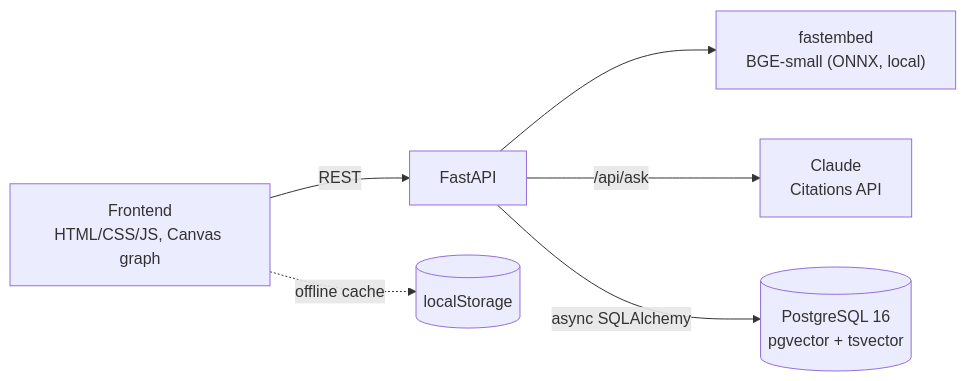
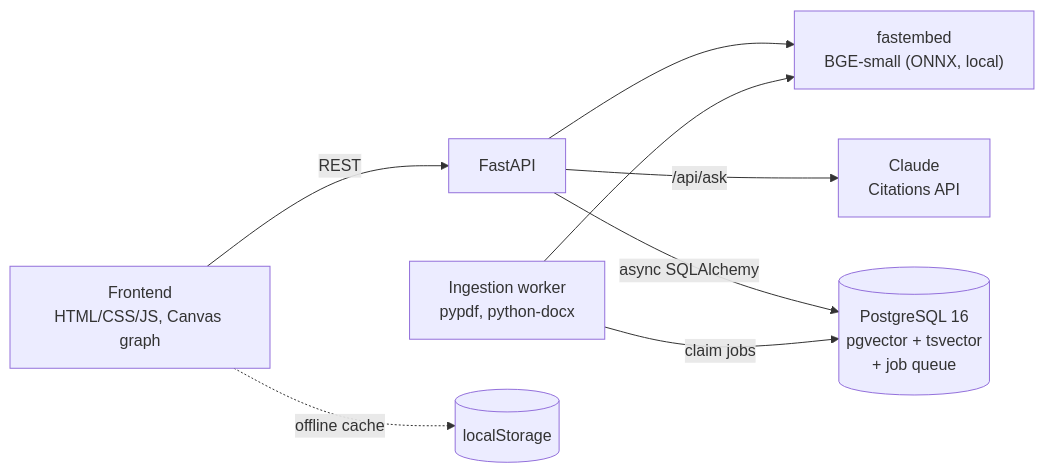
The diagram in README.md (Sujalranjan/MemBrain), drawn with Mermaid before and after one commit. The commit also changed other lines of this file and 17 other files, not shown here.

Commit message:
feat: add document ingestion service, background worker, database models, and API routes

````diff
--- a/README.md
+++ b/README.md
@@ -22,8 +23,10 @@
 ```mermaid
 flowchart LR
     UI["Frontend<br/>HTML/CSS/JS, Canvas graph"] -->|REST| API["FastAPI"]
     API --> EMB["fastembed<br/>BGE-small (ONNX, local)"]
     API -->|"/api/ask"| LLM["Claude<br/>Citations API"]
-    API -->|async SQLAlchemy| PG[("PostgreSQL 16<br/>pgvector + tsvector")]
+    API -->|async SQLAlchemy| PG[("PostgreSQL 16<br/>pgvector + tsvector<br/>+ job queue")]
+    W["Ingestion worker<br/>pypdf, python-docx"] -->|claim jobs| PG
+    W --> EMB
     UI -.->|offline cache| LS[("localStorage")]
 ```
````
